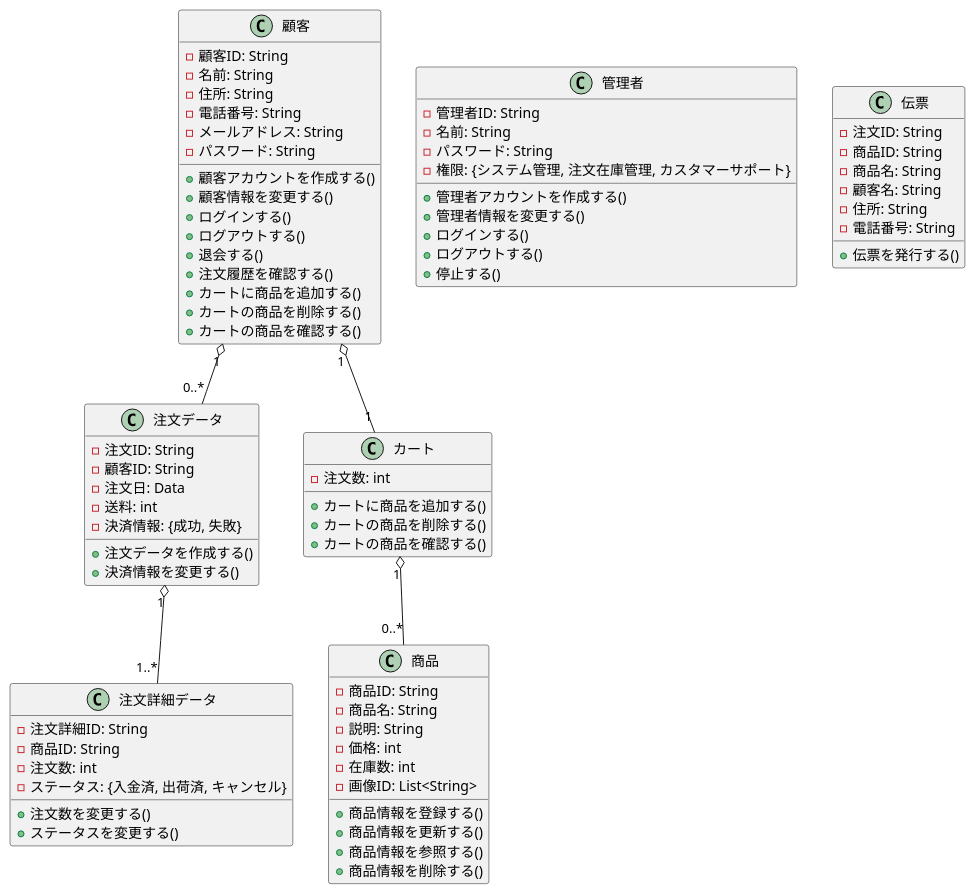
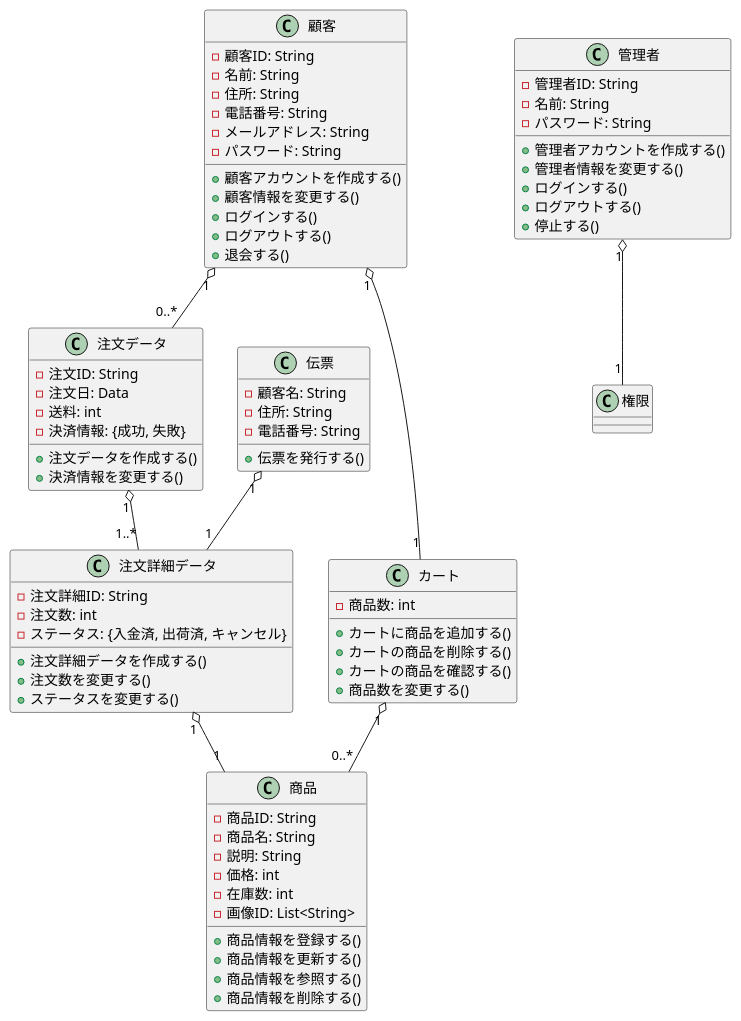
The diagram in BB/class.pu (FujikawaHirono0520/group3_1_dogdog), drawn with PlantUML before and after one commit.

Commit message:
【変更】伝票、管理者の関係を追加

```diff
--- a/BB/class.pu
+++ b/BB/class.pu
@@ -1,101 +1,102 @@
 @startuml .
 
 class 顧客{
     - 顧客ID: String
     - 名前: String
     - 住所: String
     - 電話番号: String
     - メールアドレス: String
     - パスワード: String
-    ' - 注文履歴: List<注文データ>
-    ' - カート: List<{商品:数量}>
 
     + 顧客アカウントを作成する()
     + 顧客情報を変更する()
     + ログインする()
     + ログアウトする()
     + 退会する()
-    + 注文履歴を確認する()
-    + カートに商品を追加する()
-    + カートの商品を削除する()
-    + カートの商品を確認する()
 }
 
 class 管理者 {
     - 管理者ID: String
     - 名前: String
     - パスワード: String
-    - 権限: {システム管理, 注文在庫管理, カスタマーサポート}
 
     + 管理者アカウントを作成する()
     + 管理者情報を変更する()
     + ログインする()
     + ログアウトする()
     + 停止する()
 }
 
+class 権限 {
+    ' - システム管理: String
+    ' - 注文在庫管理: String
+    ' - カスタマーサポート: String
+}
+
 class 注文データ {
     - 注文ID: String
-    - 顧客ID: String
-    ' - 注文詳細データ: List<注文詳細データ>
     - 注文日: Data
     - 送料: int
     - 決済情報: {成功, 失敗}
 
     + 注文データを作成する()
-    ' + 注文詳細データを追加する()
     + 決済情報を変更する()
 }
 
 class 注文詳細データ {
     - 注文詳細ID: String
-    - 商品ID: String
     - 注文数: int
     - ステータス: {入金済, 出荷済, キャンセル}
 
+    + 注文詳細データを作成する()
     + 注文数を変更する()
     + ステータスを変更する()
 }
 
 class 伝票 {
-    - 注文ID: String
-    - 商品ID: String
-    - 商品名: String
     - 顧客名: String
     - 住所: String
     - 電話番号: String
 
     + 伝票を発行する()
 }
 
 class カート {
-    - 注文数: int
+    - 商品数: int
 
     + カートに商品を追加する()
     + カートの商品を削除する()
     + カートの商品を確認する()
+    + 商品数を変更する()
 }
 
 class 商品 {
     - 商品ID: String
     - 商品名: String
     - 説明: String
     - 価格: int
     - 在庫数: int
     - 画像ID: List<String>
 
     + 商品情報を登録する()
     + 商品情報を更新する()
     + 商品情報を参照する()
     + 商品情報を削除する()
 }
 
 
 顧客 "1" o-- "1" カート
+
 カート "1" o-- "0..*" 商品
 
 顧客 "1" o-- "0..*" 注文データ
 
 注文データ "1" o-- "1..*" 注文詳細データ
 
+注文詳細データ "1" o-- "1" 商品
+
+管理者 "1" o-- "1" 権限
+
+伝票 "1" o-- "1" 注文詳細データ
+
 @enduml
```
